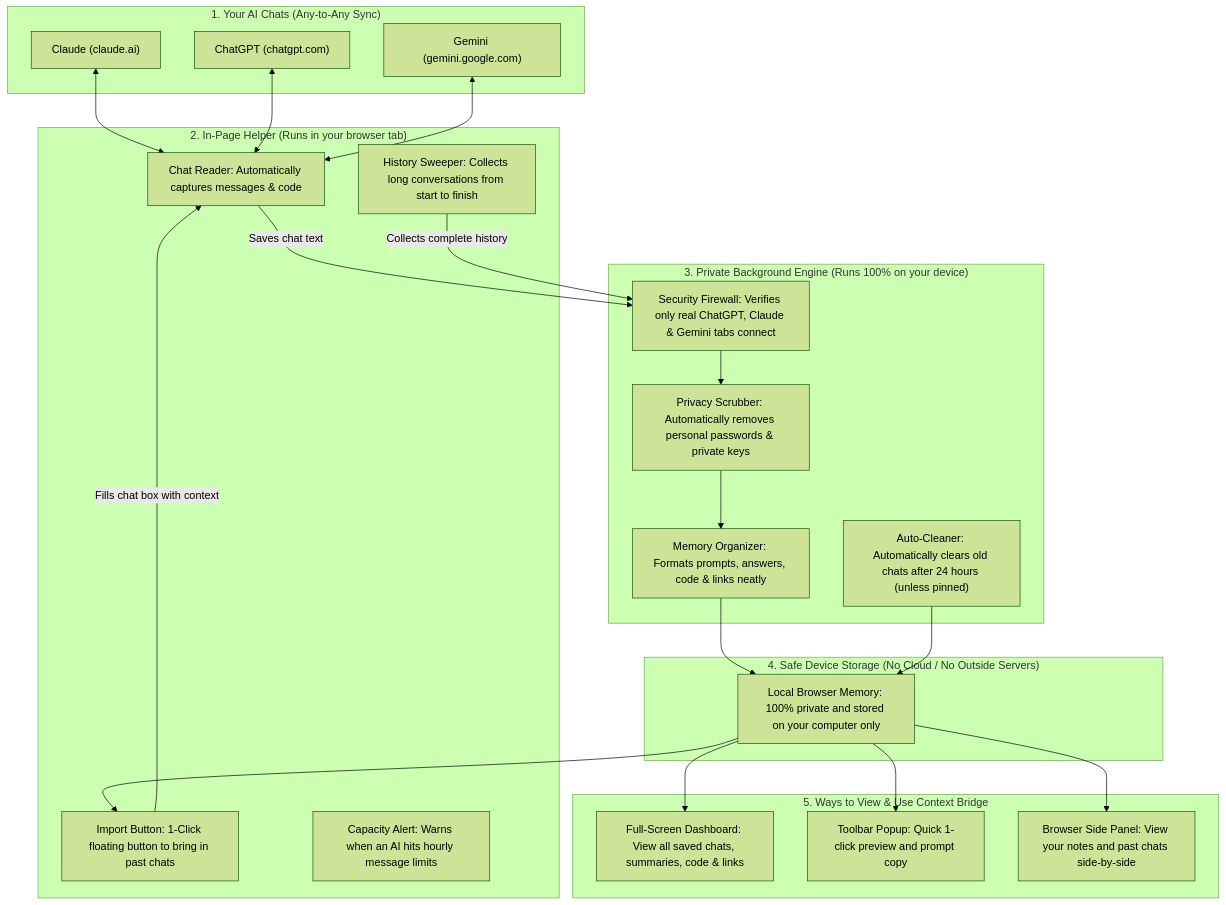
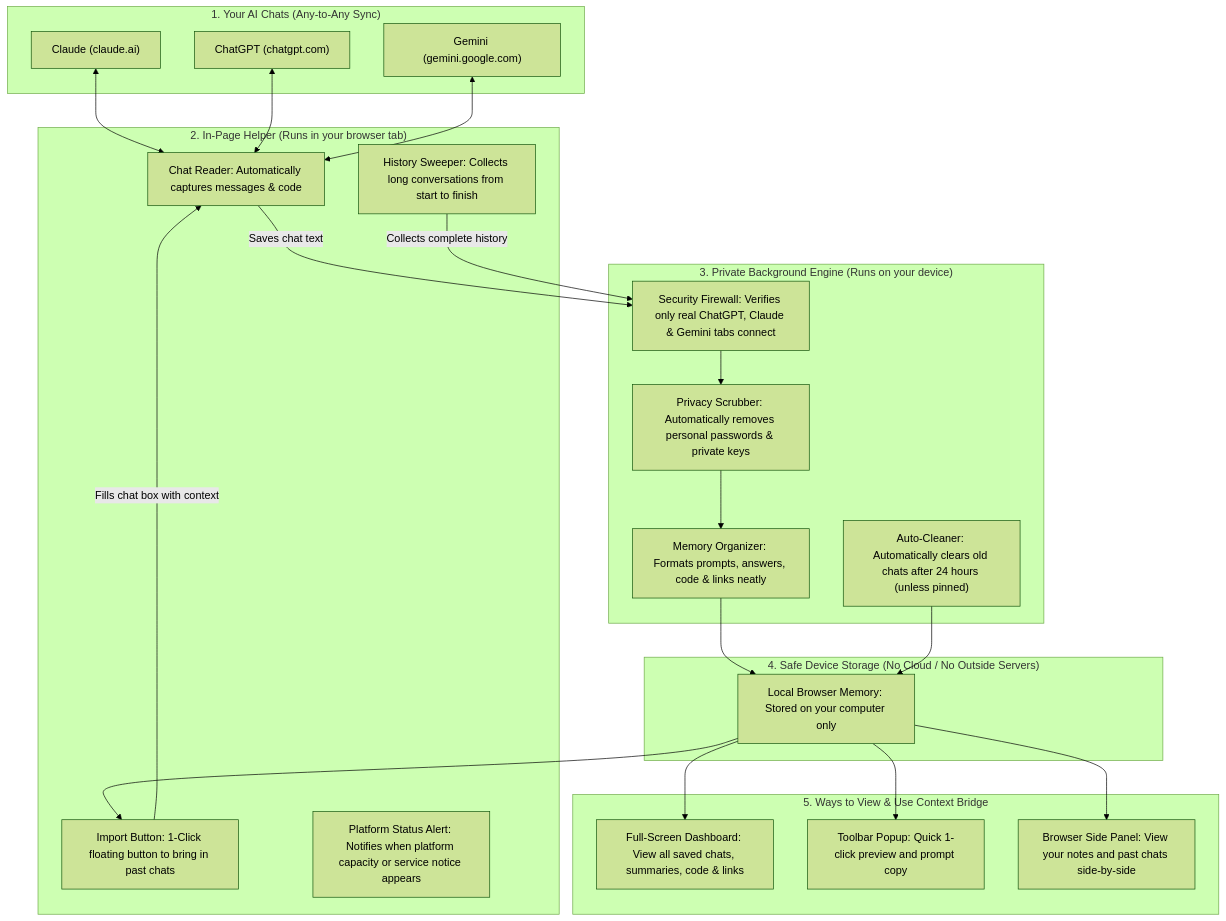
The diagram in README.md (msajiddurrani/context-bridge), drawn with Mermaid (forest theme) before and after one commit. The commit also changed other lines of this file and 3 other files, not shown here.

````diff
--- a/README.md
+++ b/README.md
@@ -45,49 +45,49 @@
 ```mermaid
 graph TD
     subgraph Platforms["1. Your AI Chats (Any-to-Any Sync)"]
         CL["Claude (claude.ai)"]
         GPT["ChatGPT (chatgpt.com)"]
         GEM["Gemini (gemini.google.com)"]
     end
 
     subgraph InPage["2. In-Page Helper (Runs in your browser tab)"]
         READER["Chat Reader: Automatically captures messages & code"]
         SWEEP["History Sweeper: Collects long conversations from start to finish"]
         PILL["Import Button: 1-Click floating button to bring in past chats"]
-        ALERT["Capacity Alert: Warns when an AI hits hourly message limits"]
+        ALERT["Platform Status Alert: Notifies when platform capacity or service notice appears"]
     end
 
-    subgraph Engine["3. Private Background Engine (Runs 100% on your device)"]
+    subgraph Engine["3. Private Background Engine (Runs on your device)"]
         GUARD["Security Firewall: Verifies only real ChatGPT, Claude & Gemini tabs connect"]
         SCRUB["Privacy Scrubber: Automatically removes personal passwords & private keys"]
         ORGANIZER["Memory Organizer: Formats prompts, answers, code & links neatly"]
         CLEANER["Auto-Cleaner: Automatically clears old chats after 24 hours (unless pinned)"]
     end
 
     subgraph Storage["4. Safe Device Storage (No Cloud / No Outside Servers)"]
-        LOCAL["Local Browser Memory: 100% private and stored on your computer only"]
+        LOCAL["Local Browser Memory: Stored on your computer only"]
     end
 
     subgraph Views["5. Ways to View & Use Context Bridge"]
         DASH["Full-Screen Dashboard: View all saved chats, summaries, code & links"]
         POP["Toolbar Popup: Quick 1-click preview and prompt copy"]
         SIDE["Browser Side Panel: View your notes and past chats side-by-side"]
     end
 
     CL <--> READER
     GPT <--> READER
     GEM <--> READER
 
     READER -->|Saves chat text| GUARD
     SWEEP -->|Collects complete history| GUARD
     GUARD --> SCRUB
     SCRUB --> ORGANIZER
     ORGANIZER --> LOCAL
     CLEANER --> LOCAL
 
     LOCAL --> DASH
     LOCAL --> POP
     LOCAL --> SIDE
     LOCAL --> PILL
     PILL -->|Fills chat box with context| READER
 ```
````
